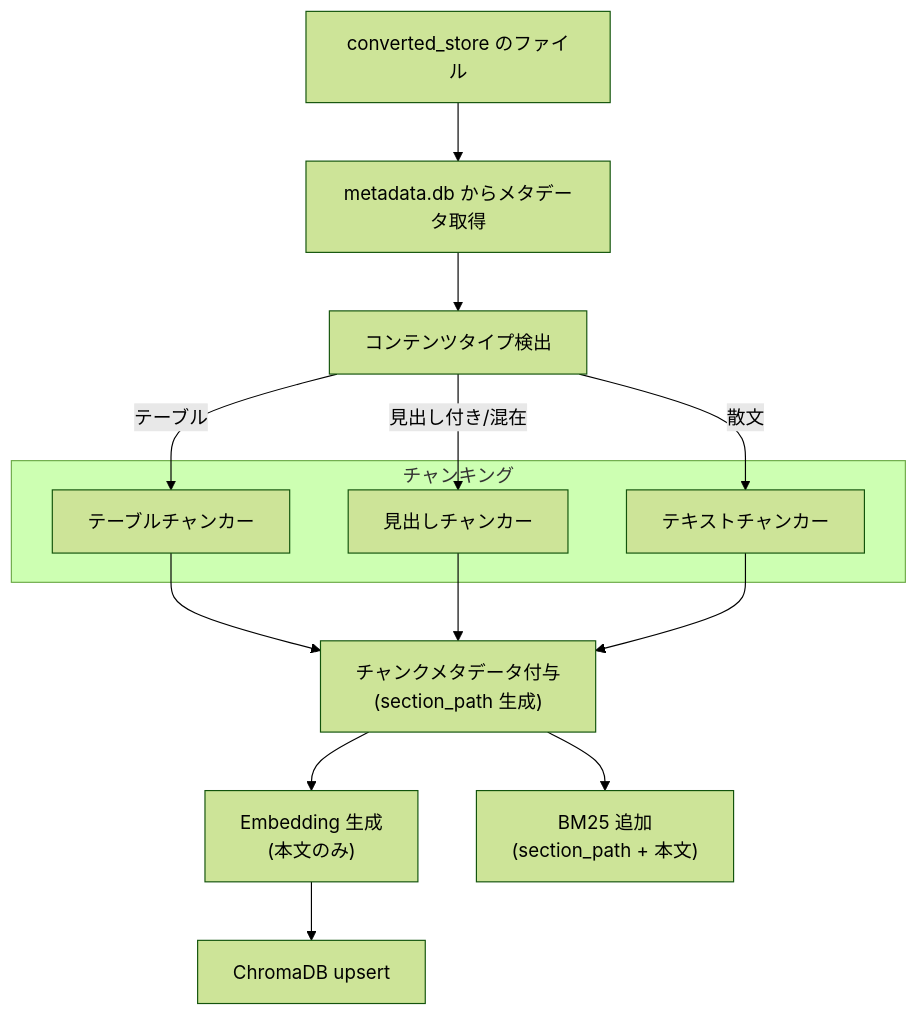
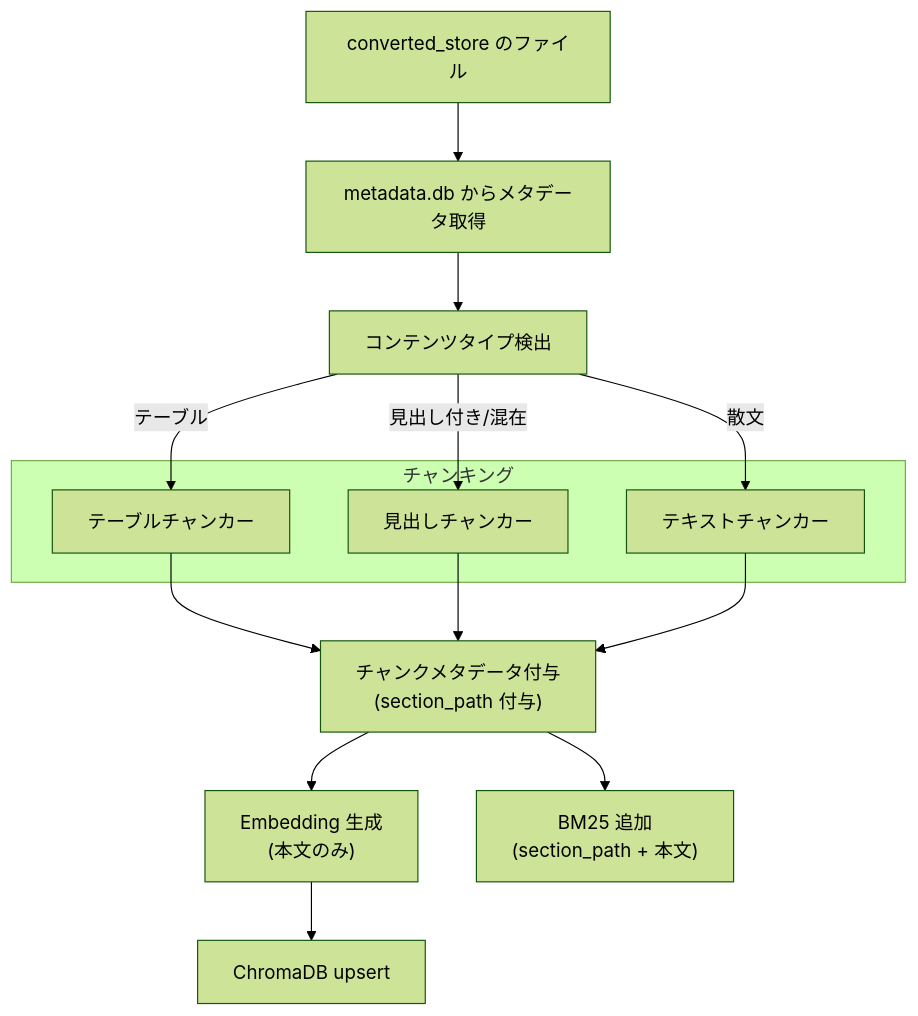
The first of 2 diagrams in docs/specs/indexer.md (becky3/rag-knowledge), drawn with Mermaid (forest theme) before and after one commit. The commit also changed other lines of this file and 19 other files, not shown here.

````diff
--- a/docs/specs/indexer.md
+++ b/docs/specs/indexer.md
@@ -201,26 +201,26 @@
 ```mermaid
 flowchart TD
     INPUT["converted_store のファイル"]
     META["metadata.db からメタデータ取得"]
     DETECT["コンテンツタイプ検出"]
     INPUT --> META
     META --> DETECT
 
     subgraph CHUNKING["チャンキング"]
         TABLE["テーブルチャンカー"]
         HEADING["見出しチャンカー"]
         PROSE["テキストチャンカー"]
     end
 
     DETECT -->|テーブル| TABLE
     DETECT -->|見出し付き/混在| HEADING
     DETECT -->|散文| PROSE
 
-    TABLE --> METADATA["チャンクメタデータ付与<br>(section_path 生成)"]
+    TABLE --> METADATA["チャンクメタデータ付与<br>(section_path 付与)"]
     HEADING --> METADATA
     PROSE --> METADATA
 
     METADATA --> EMBED["Embedding 生成<br>(本文のみ)"]
     METADATA --> BM25_ADD["BM25 追加<br>(section_path + 本文)"]
     EMBED --> CHROMA["ChromaDB upsert"]
 ```
````
